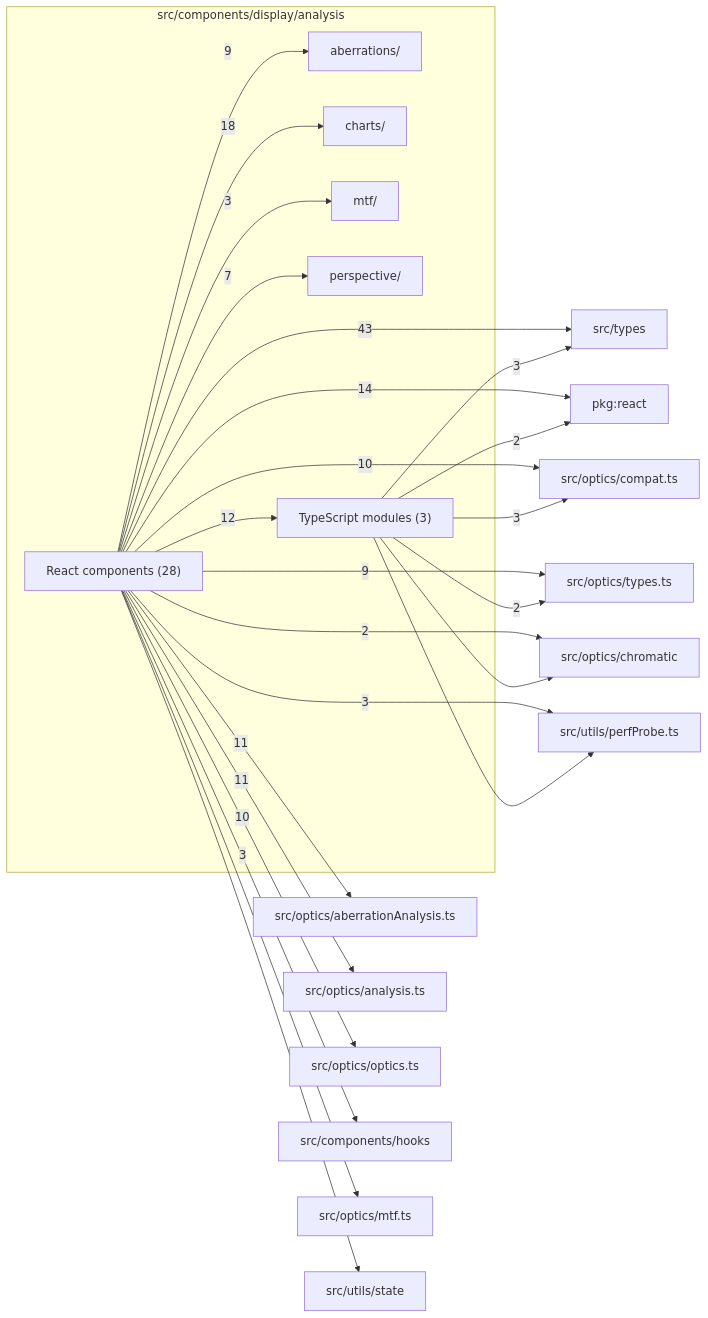
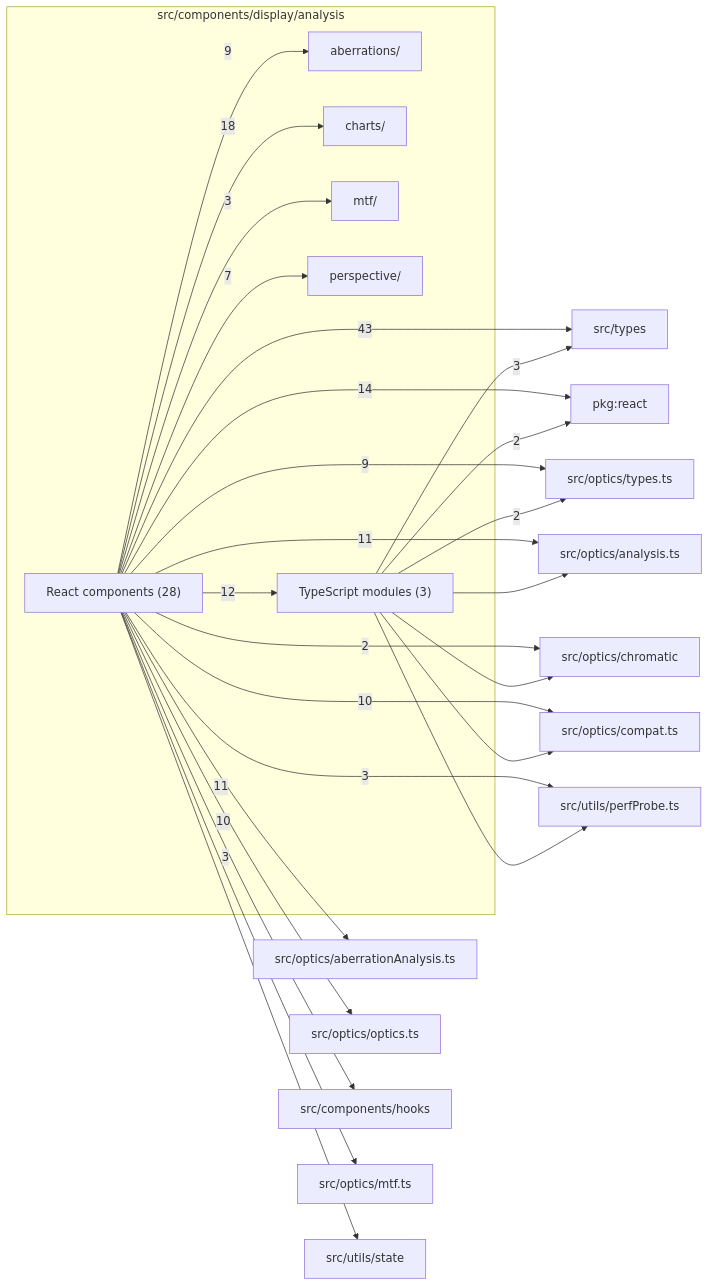
One commit to ronbuening/LensVisualizer changed the diagram in src/components/display/analysis/readme.md. Above: the diagram before and after it, drawn with Mermaid. The commit also changed other lines of this file and 32 other files, not shown here.

````diff
--- a/src/components/display/analysis/readme.md
+++ b/src/components/display/analysis/readme.md
@@ -9,46 +9,47 @@
 ```mermaid
 flowchart LR
   subgraph n_src_components_display_analysis["src/components/display/analysis"]
     n_src_components_display_analysis_src_components_display_analysis_aberrations["aberrations/"]
     n_src_components_display_analysis_src_components_display_analysis_charts["charts/"]
     n_src_components_display_analysis_src_components_display_analysis_mtf["mtf/"]
     n_src_components_display_analysis_src_components_display_analysis_perspective["perspective/"]
     n_src_components_display_analysis_React_components["React components (28)"]
     n_src_components_display_analysis_TypeScript_modules["TypeScript modules (3)"]
   end
   n_external_src_types["src/types"]
   n_external_pkg_react["pkg:react"]
   n_external_src_optics_aberrationAnalysis_ts["src/optics/aberrationAnalysis.ts"]
   n_external_src_optics_analysis_ts["src/optics/analysis.ts"]
   n_external_src_optics_compat_ts["src/optics/compat.ts"]
   n_external_src_optics_optics_ts["src/optics/optics.ts"]
   n_external_src_optics_types_ts["src/optics/types.ts"]
   n_external_src_components_hooks["src/components/hooks"]
   n_external_src_utils_perfProbe_ts["src/utils/perfProbe.ts"]
   n_external_src_optics_chromatic["src/optics/chromatic"]
   n_external_src_optics_mtf_ts["src/optics/mtf.ts"]
   n_external_src_utils_state["src/utils/state"]
   n_src_components_display_analysis_React_components --> |43| n_external_src_types
   n_src_components_display_analysis_React_components --> |18| n_src_components_display_analysis_src_components_display_analysis_charts
   n_src_components_display_analysis_React_components --> |14| n_external_pkg_react
   n_src_components_display_analysis_React_components --> |12| n_src_components_display_analysis_TypeScript_modules
   n_src_components_display_analysis_React_components --> |11| n_external_src_optics_aberrationAnalysis_ts
   n_src_components_display_analysis_React_components --> |11| n_external_src_optics_analysis_ts
   n_src_components_display_analysis_React_components --> |10| n_external_src_optics_compat_ts
   n_src_components_display_analysis_React_components --> |10| n_external_src_optics_optics_ts
   n_src_components_display_analysis_React_components --> |9| n_external_src_optics_types_ts
   n_src_components_display_analysis_React_components --> |9| n_src_components_display_analysis_src_components_display_analysis_aberrations
   n_src_components_display_analysis_React_components --> |7| n_src_components_display_analysis_src_components_display_analysis_perspective
   n_src_components_display_analysis_React_components --> |3| n_external_src_components_hooks
-  n_src_components_display_analysis_TypeScript_modules --> |3| n_external_src_optics_compat_ts
   n_src_components_display_analysis_TypeScript_modules --> |3| n_external_src_types
   n_src_components_display_analysis_React_components --> |3| n_external_src_utils_perfProbe_ts
   n_src_components_display_analysis_React_components --> |3| n_src_components_display_analysis_src_components_display_analysis_mtf
   n_src_components_display_analysis_TypeScript_modules --> |2| n_external_pkg_react
   n_src_components_display_analysis_React_components --> |2| n_external_src_optics_chromatic
   n_src_components_display_analysis_TypeScript_modules --> |2| n_external_src_optics_types_ts
+  n_src_components_display_analysis_TypeScript_modules --> n_external_src_optics_analysis_ts
   n_src_components_display_analysis_TypeScript_modules --> n_external_src_optics_chromatic
+  n_src_components_display_analysis_TypeScript_modules --> n_external_src_optics_compat_ts
   n_src_components_display_analysis_React_components --> n_external_src_optics_mtf_ts
   n_src_components_display_analysis_TypeScript_modules --> n_external_src_utils_perfProbe_ts
   n_src_components_display_analysis_React_components --> n_external_src_utils_state
 ```
````
